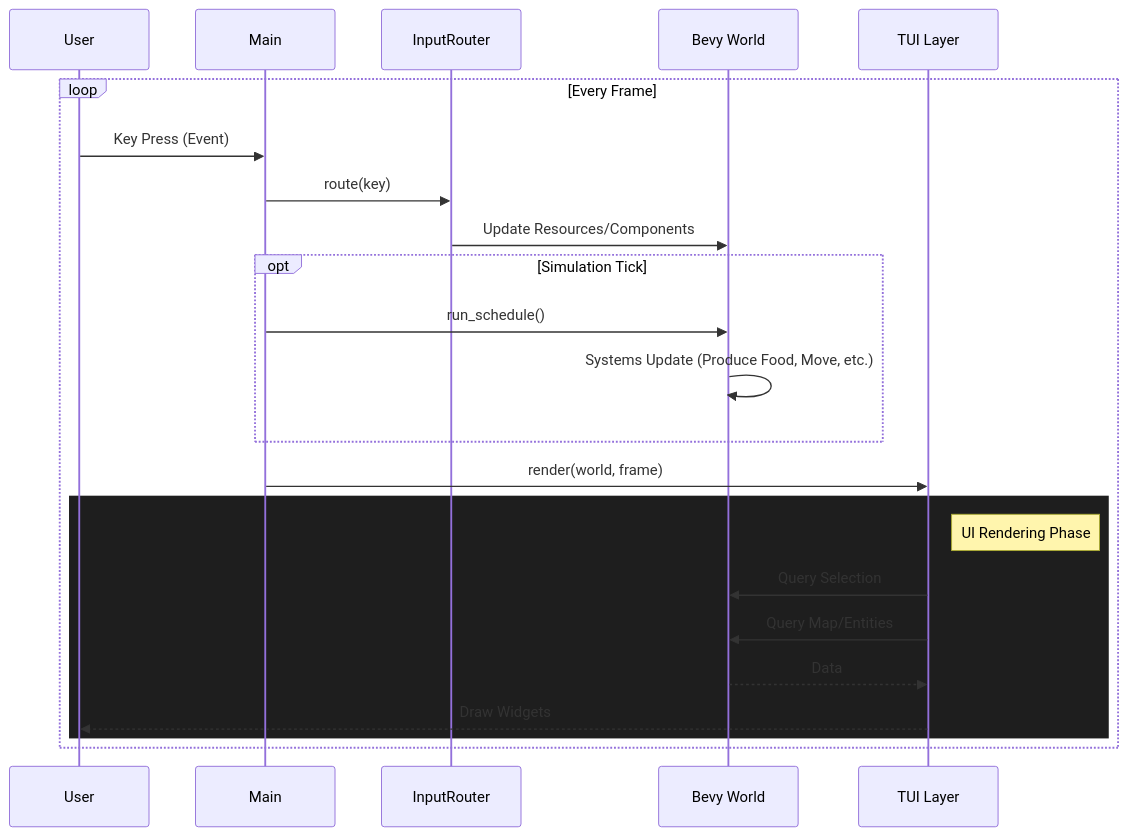
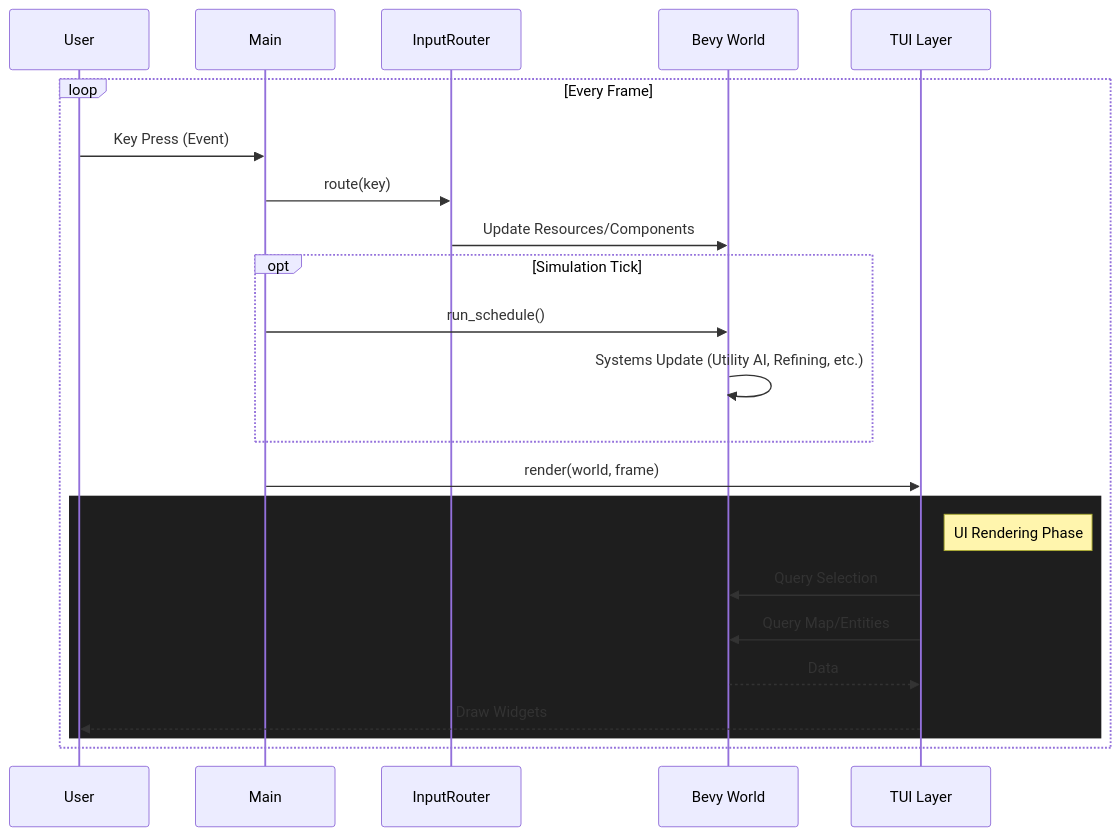
One commit to madmax983/project-zero changed the second of 4 diagrams in docs/architecture.md. Above: the diagram before and after it, drawn with Mermaid. The commit also changed other lines of this file and 1 other file, not shown here.

First line of the commit message:
docs: add ADR 005 and update architecture diagrams for Utility AI

````diff
--- a/docs/architecture.md
+++ b/docs/architecture.md
@@ -43,29 +51,29 @@
 ```mermaid
 sequenceDiagram
     participant User
     participant Main
     participant Input as InputRouter
     participant ECS as Bevy World
     participant UI as TUI Layer
 
     loop Every Frame
         User->>Main: Key Press (Event)
         Main->>Input: route(key)
         Input->>ECS: Update Resources/Components
 
         opt Simulation Tick
             Main->>ECS: run_schedule()
-            ECS->>ECS: Systems Update (Produce Food, Move, etc.)
+            ECS->>ECS: Systems Update (Utility AI, Refining, etc.)
         end
 
         Main->>UI: render(world, frame)
 
         rect rgb(30, 30, 30)
             note right of UI: UI Rendering Phase
             UI->>ECS: Query Selection
             UI->>ECS: Query Map/Entities
             ECS-->>UI: Data
             UI-->>User: Draw Widgets
         end
     end
 ```
````
